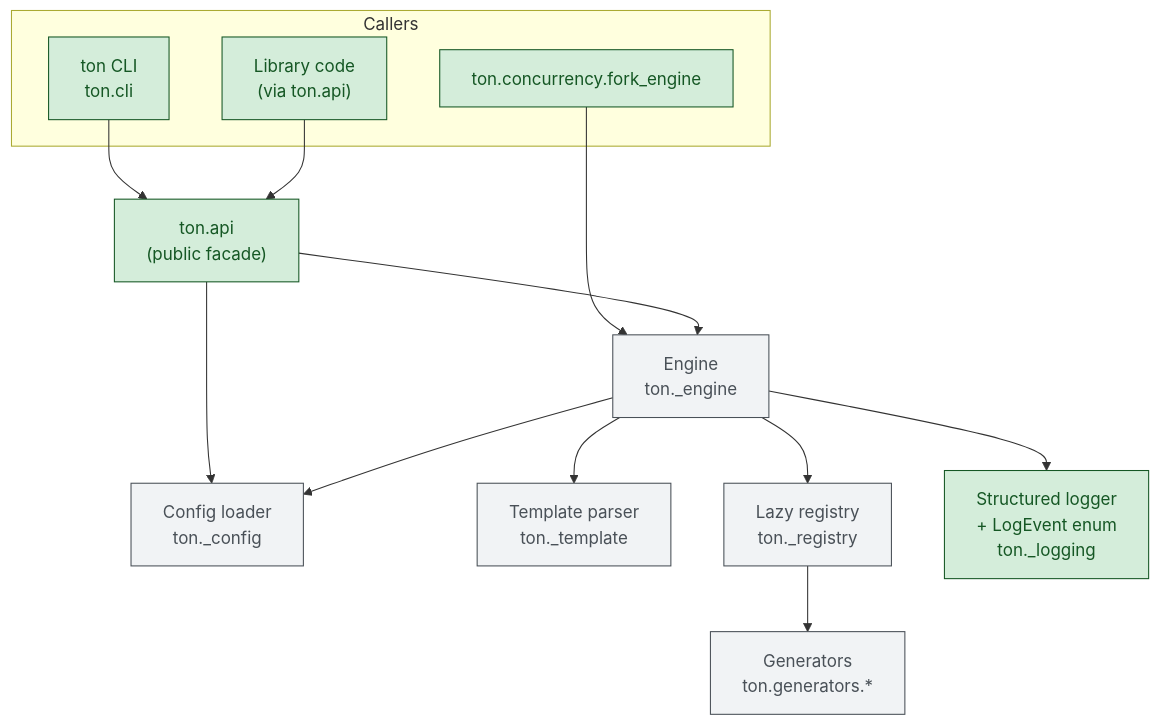
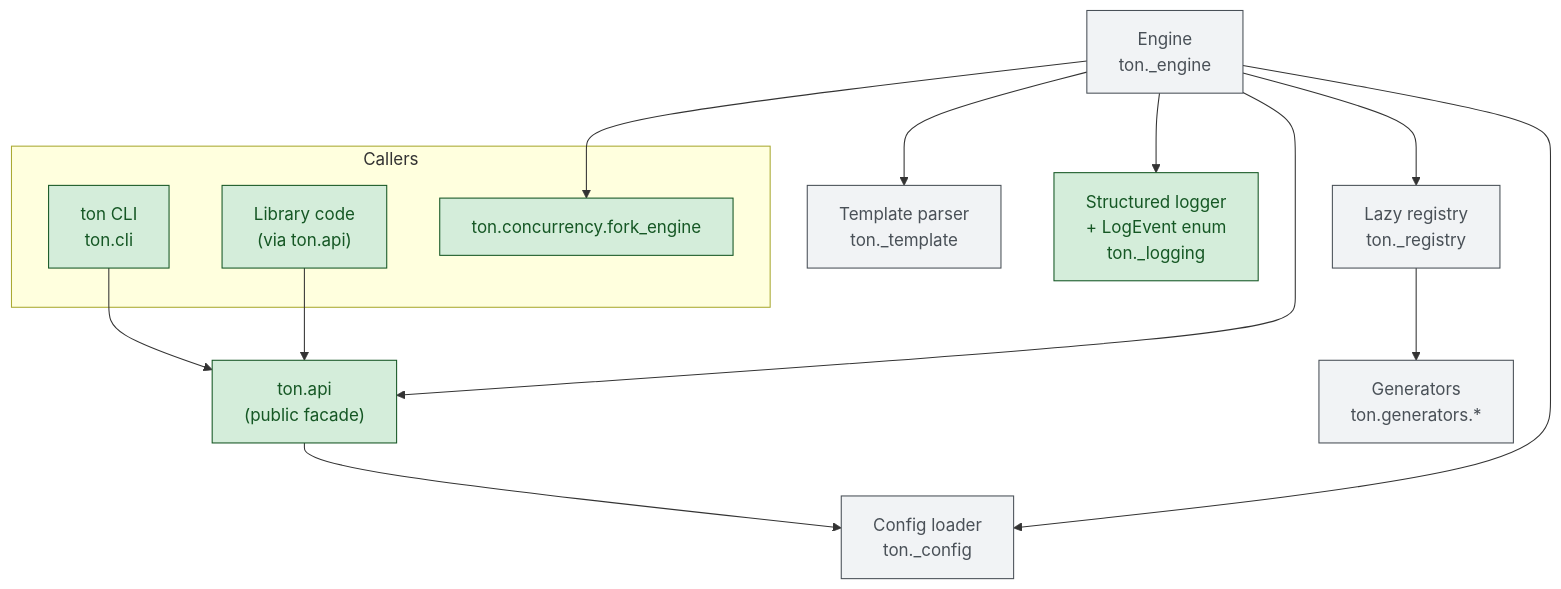
One commit to geraldo-netto/ton changed the first of 2 diagrams in README.md. Above: the diagram before and after it, drawn with Mermaid.

Commit message:
docs(readme): invert API<->Engine and Engine<->concurrency arrows
Flips the two requested edges in the architecture diagram so the
arrows point outward from Engine (Engine → ton.api facade,
Engine → ton.concurrency.fork_engine) instead of inward.

````diff
--- a/README.md
+++ b/README.md
@@ -89,34 +89,34 @@
 ```mermaid
 flowchart TB
   subgraph callers["Callers"]
     CLI["ton CLI<br/>ton.cli"]
     LIB["Library code<br/>(via ton.api)"]
     CON["ton.concurrency.fork_engine"]
   end
 
   API["ton.api<br/>(public facade)"]
   ENG["Engine<br/>ton._engine"]
   CFG["Config loader<br/>ton._config"]
   TPL["Template parser<br/>ton._template"]
   REG["Lazy registry<br/>ton._registry"]
   GEN["Generators<br/>ton.generators.*"]
   LOG["Structured logger<br/>+ LogEvent enum<br/>ton._logging"]
 
   CLI --> API
   LIB --> API
-  CON --> ENG
+  ENG --> CON
 
-  API --> ENG
+  ENG --> API
   API --> CFG
 
   ENG --> CFG
   ENG --> TPL
   ENG --> REG
   ENG --> LOG
   REG --> GEN
 
   classDef public fill:#d4edda,stroke:#155724,color:#155724;
   classDef private fill:#f1f3f5,stroke:#495057,color:#495057;
   class API,CLI,LIB,CON,LOG public
   class ENG,CFG,TPL,REG,GEN private
 ```
````
